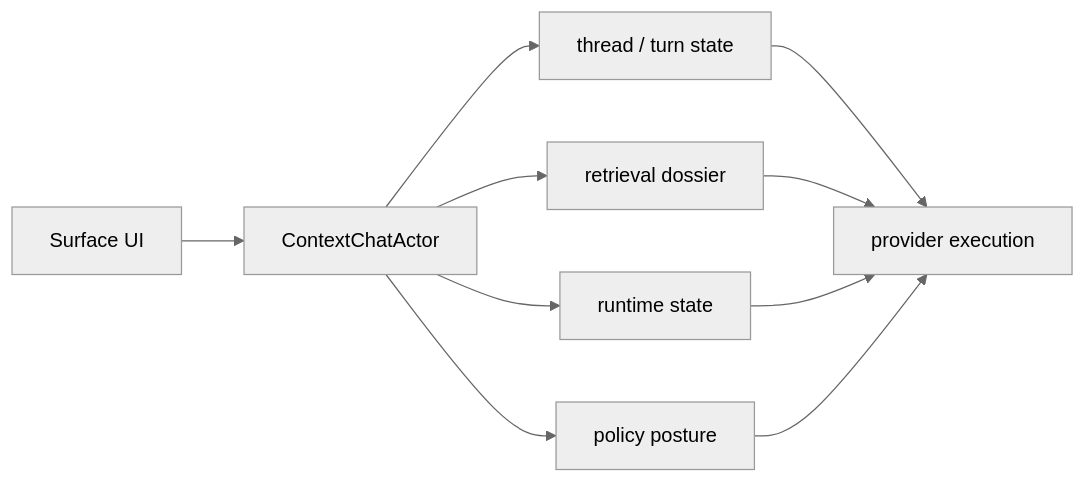
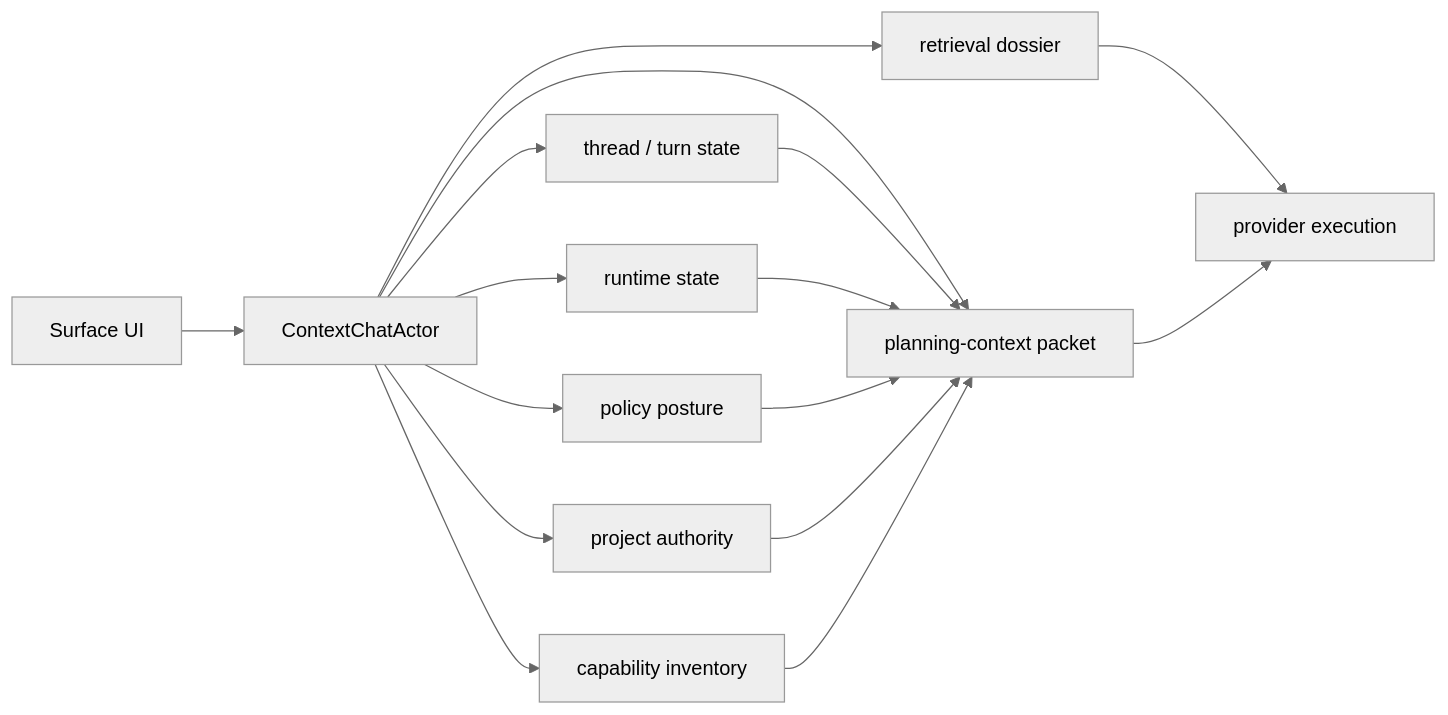
Before and after one commit to pauljbernard/sbc-agent-desktop: the third of 4 diagrams in eng-docs/technical-architecture.md, drawn with Mermaid (neutral theme). The commit also changed other lines of this file and 88 other files, not shown here.

Commit message:
Implement desktop project-aware planning surfaces

````diff
--- a/eng-docs/technical-architecture.md
+++ b/eng-docs/technical-architecture.md
@@ -74,20 +75,29 @@
 ```mermaid
 flowchart LR
     UI["Surface UI"]
     Chat["ContextChatActor"]
     Thread["thread / turn state"]
     Retrieval["retrieval dossier"]
+    Planner["planning-context packet"]
     Runtime["runtime state"]
     Policy["policy posture"]
+    Project["project authority"]
+    Capability["capability inventory"]
     Provider["provider execution"]
 
     UI --> Chat
     Chat --> Thread
     Chat --> Retrieval
+    Chat --> Planner
     Chat --> Runtime
     Chat --> Policy
-    Thread --> Provider
+    Chat --> Project
+    Chat --> Capability
+    Thread --> Planner
     Retrieval --> Provider
-    Runtime --> Provider
-    Policy --> Provider
+    Planner --> Provider
+    Runtime --> Planner
+    Policy --> Planner
+    Project --> Planner
+    Capability --> Planner
 ```
````
